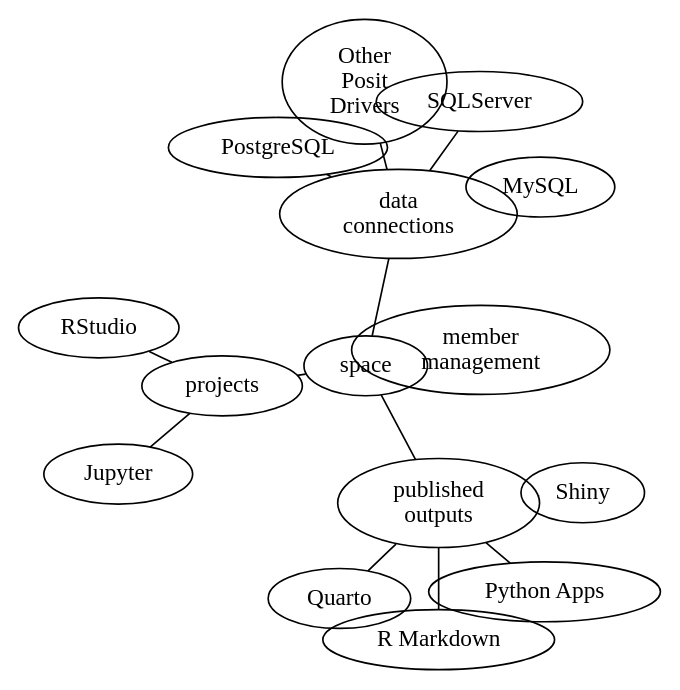
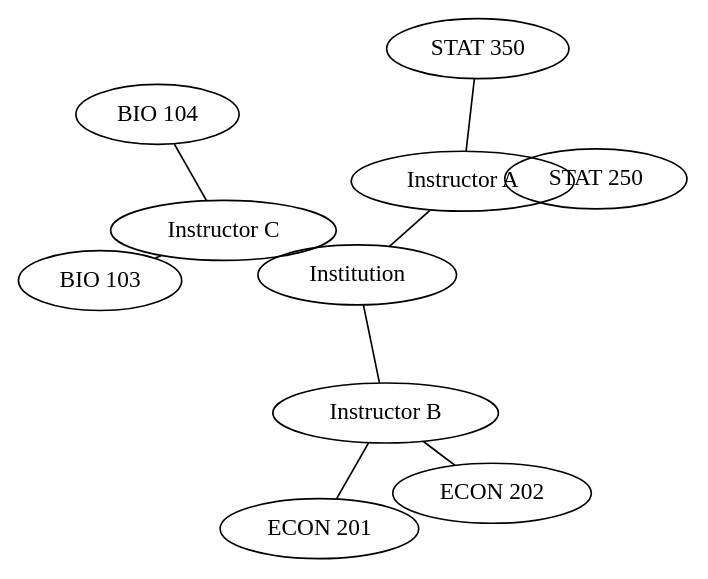
One commit to Alex-Chisholm/posit-cloud-ww24 changed the third of 3 diagrams in slides.qmd. Above: the diagram before and after it, drawn with Graphviz. The commit also changed other lines of this file and 3 other files, not shown here.

Commit message:
updated flow

````diff
--- a/slides.qmd
+++ b/slides.qmd
@@ -84,21 +138,15 @@
 ```{dot}
-
-
 graph G {
   layout=neato
-  space -- projects;
-  space -- "data\nconnections";
-  space -- "published\noutputs";
-  space -- "member\nmanagement";
-  projects -- "RStudio";
-  projects -- "Jupyter"
-  "published\noutputs" -- "Shiny";
-  "published\noutputs" -- "Quarto";
-  "published\noutputs" -- "Python Apps";
-  "published\noutputs" -- "R Markdown";
-  "data\nconnections" -- "PostgreSQL";
-   "data\nconnections" -- "MySQL";
-    "data\nconnections" -- "SQLServer";
-    "data\nconnections" -- "Other\nPosit\nDrivers";
+  Institution -- "Instructor A";
+  Institution --  "Instructor B";
+  Institution --  "Instructor C";
+  "Instructor A" -- "STAT 250";
+  "Instructor A" -- "STAT 350";
+  "Instructor B" -- "ECON 201";
+  "Instructor B" -- "ECON 202";
+  "Instructor C" -- "BIO 103";
+  "Instructor C" -- "BIO 104"
 }
+
 ```
````
